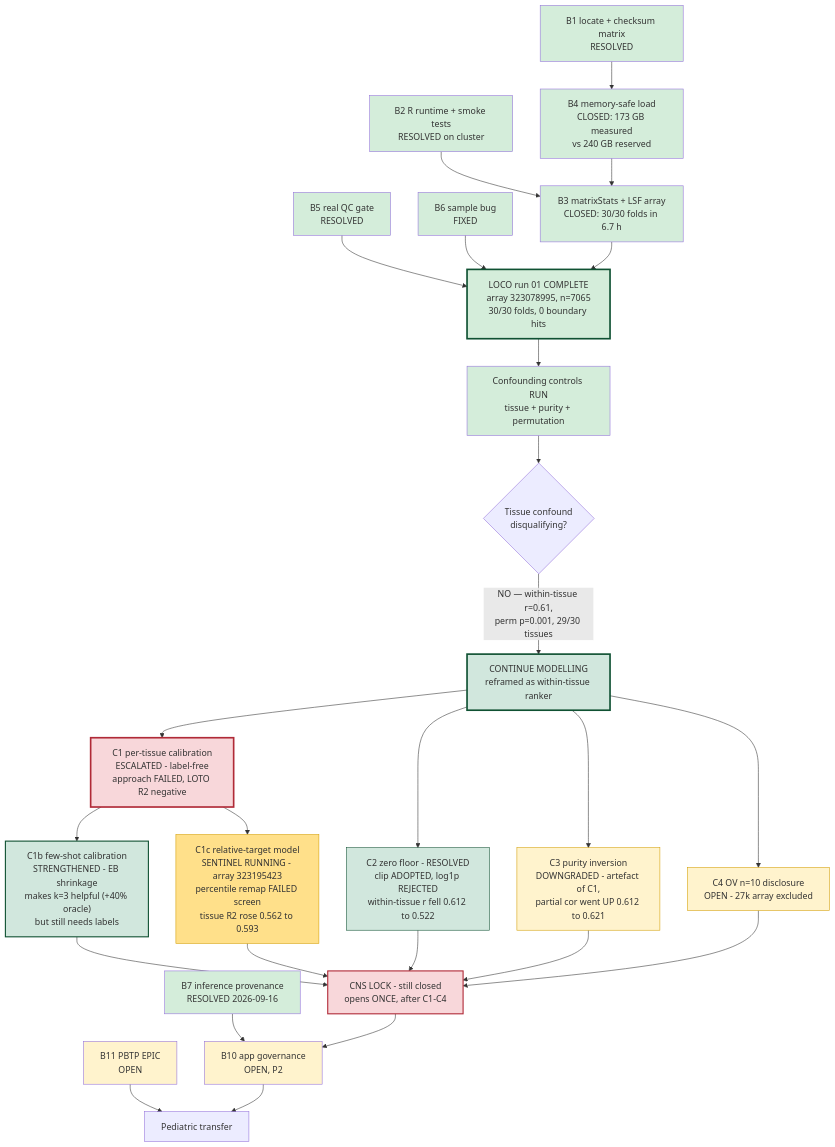
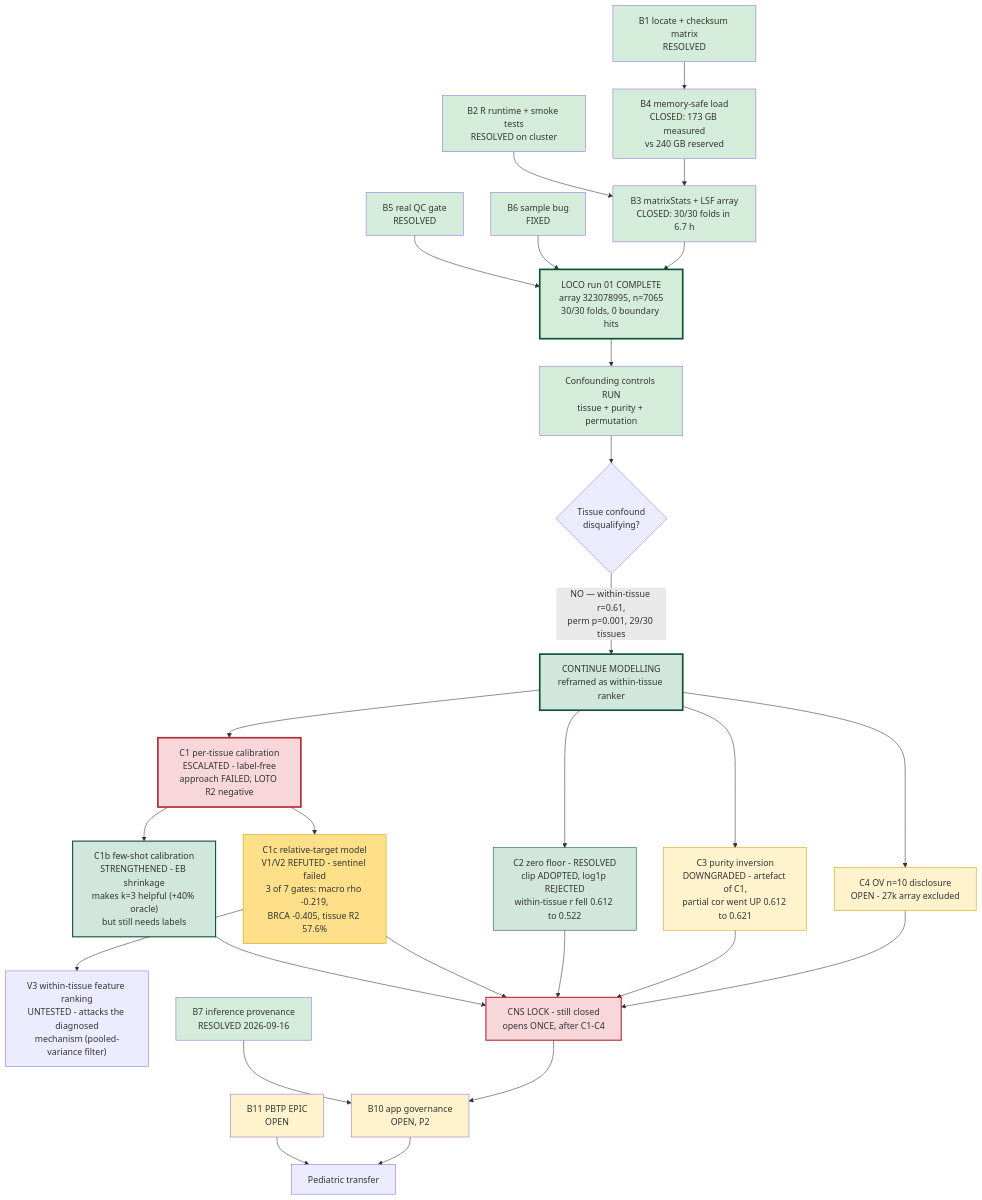
Before and after one commit to stjude-biohackathon/KIDS26-Team12: the diagram in docs/21_BLOCKER_RESOLUTION_PLAN.md, drawn with Mermaid. The commit also changed other lines of this file and 1 other file, not shown here.

````diff
--- a/docs/21_BLOCKER_RESOLUTION_PLAN.md
+++ b/docs/21_BLOCKER_RESOLUTION_PLAN.md
@@ -638,52 +640,53 @@
 ```mermaid
 graph TD
     B1["B1 locate + checksum matrix<br/>RESOLVED"] --> B4["B4 memory-safe load<br/>CLOSED: 173 GB measured<br/>vs 240 GB reserved"]
     B2["B2 R runtime + smoke tests<br/>RESOLVED on cluster"] --> B3["B3 matrixStats + LSF array<br/>CLOSED: 30/30 folds in 6.7 h"]
     B4 --> B3
     B5["B5 real QC gate<br/>RESOLVED"] --> FIT
     B6["B6 sample bug<br/>FIXED"] --> FIT
     B3 --> FIT["LOCO run 01 COMPLETE<br/>array 323078995, n=7065<br/>30/30 folds, 0 boundary hits"]
     FIT --> CONF["Confounding controls RUN<br/>tissue + purity + permutation"]
     CONF --> VERDICT{"Tissue confound<br/>disqualifying?"}
     VERDICT -->|"NO — within-tissue r=0.61,<br/>perm p=0.001, 29/30 tissues"| CONTINUE["CONTINUE MODELLING<br/>reframed as within-tissue ranker"]
 
     CONTINUE --> C1["C1 per-tissue calibration<br/>ESCALATED - label-free<br/>approach FAILED, LOTO R2 negative"]
     CONTINUE --> C2["C2 zero floor - RESOLVED<br/>clip ADOPTED, log1p REJECTED<br/>within-tissue r fell 0.612 to 0.522"]
     CONTINUE --> C3["C3 purity inversion<br/>DOWNGRADED - artefact of C1,<br/>partial cor went UP 0.612 to 0.621"]
     CONTINUE --> C4["C4 OV n=10 disclosure<br/>OPEN - 27k array excluded"]
 
     C1 --> C1B["C1b few-shot calibration<br/>STRENGTHENED - EB shrinkage<br/>makes k=3 helpful (+40% oracle)<br/>but still needs labels"]
-    C1 --> C1R["C1c relative-target model<br/>SENTINEL RUNNING - array 323195423<br/>percentile remap FAILED screen<br/>tissue R2 rose 0.562 to 0.593"]
+    C1 --> C1R["C1c relative-target model<br/>V1/V2 REFUTED - sentinel failed<br/>3 of 7 gates: macro rho -0.219,<br/>BRCA -0.405, tissue R2 57.6%"]
+    C1R --> V3["V3 within-tissue feature ranking<br/>UNTESTED - attacks the diagnosed<br/>mechanism (pooled-variance filter)"]
 
     C1B --> LOCK
     C1R --> LOCK
     C2 --> LOCK
     C3 --> LOCK
     C4 --> LOCK
     LOCK["CNS LOCK - still closed<br/>opens ONCE, after C1-C4"]
 
     B7["B7 inference provenance<br/>RESOLVED 2026-09-16"] --> B10["B10 app governance<br/>OPEN, P2"]
     LOCK --> B10
     B11["B11 PBTP EPIC<br/>OPEN"] --> TRANSFER["Pediatric transfer"]
     B10 --> TRANSFER
 
     style B1 fill:#d4edda
     style B2 fill:#d4edda
     style B3 fill:#d4edda
     style B4 fill:#d4edda
     style B5 fill:#d4edda
     style B6 fill:#d4edda
     style B7 fill:#d4edda
     style FIT fill:#d4edda,stroke:#0f5132,stroke-width:3px
     style CONF fill:#d4edda
     style CONTINUE fill:#d1e7dd,stroke:#0f5132,stroke-width:3px
     style C1 fill:#f8d7da,stroke:#b02a37,stroke-width:3px
     style C2 fill:#d1e7dd,stroke:#0f5132
     style C3 fill:#fff3cd,stroke:#d39e00
     style C4 fill:#fff3cd,stroke:#d39e00
     style C1B fill:#d1e7dd,stroke:#0f5132,stroke-width:2px
     style C1R fill:#ffe08a,stroke:#d39e00
     style LOCK fill:#f8d7da,stroke:#b02a37,stroke-width:2px
     style B10 fill:#fff3cd
     style B11 fill:#fff3cd
 ```
````
